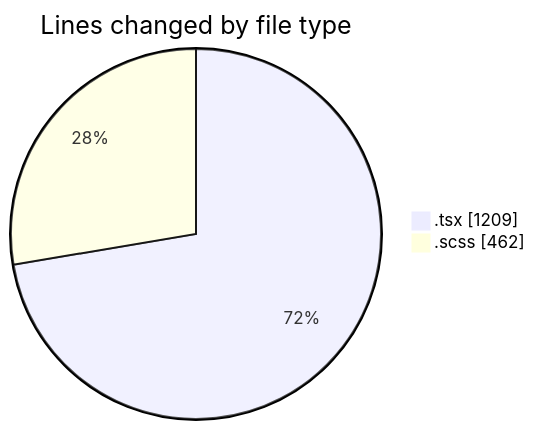
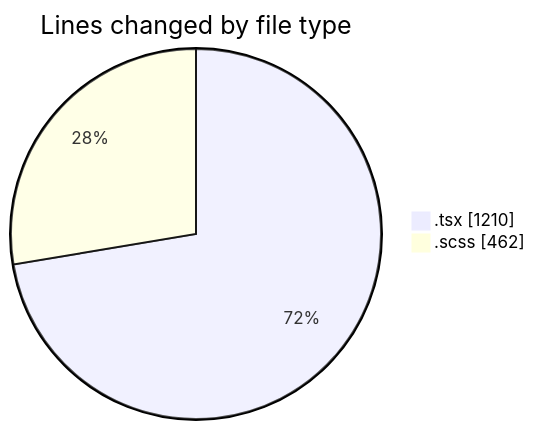
Before and after one commit to momahboobian/code-tracking: the first of 2 diagrams in 2026-08-26/cda/README.md, drawn with Mermaid. The commit also changed other lines of this file and 1 other file, not shown here.

````diff
--- a/2026-08-26/cda/README.md
+++ b/2026-08-26/cda/README.md
@@ -30,6 +30,6 @@
 ```mermaid
 pie showData
 title Lines changed by file type
-".tsx" : 1209
+".tsx" : 1210
 ".scss" : 462
 ```
````
